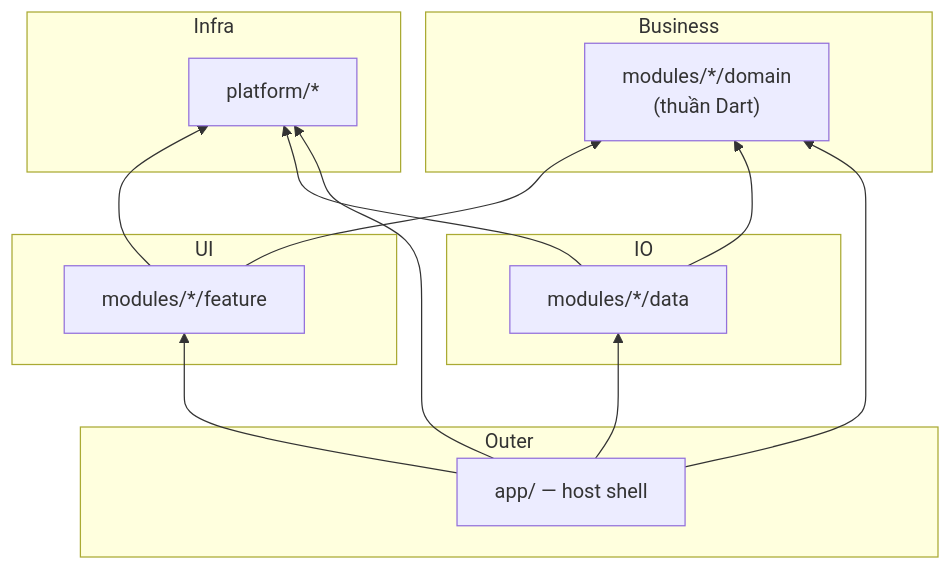
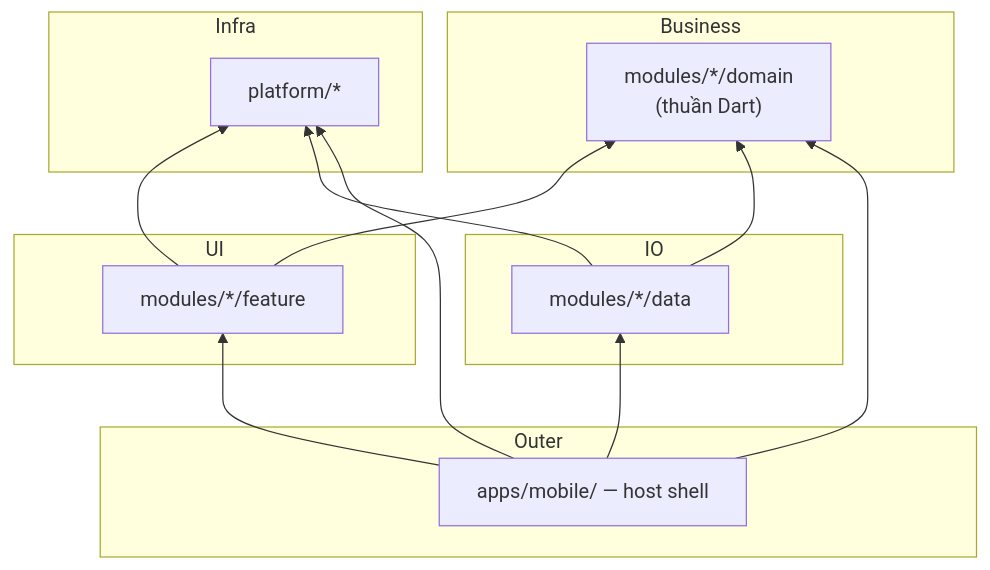
The diagram in docs/vi/getting-started/02_project_tour.md (CaoGiaHieu-dev/flutter-monorepo-codebase), drawn with Mermaid before and after one commit. The commit also changed other lines of this file and 410 other files, not shown here.

First line of the commit message:
refactor: move app/ to apps/mobile/ and give every directory an owner

````diff
--- a/docs/vi/getting-started/02_project_tour.md
+++ b/docs/vi/getting-started/02_project_tour.md
@@ -118,27 +118,27 @@
 ```mermaid
 graph BT
     subgraph Outer
-        App["app/ — host shell"]
+        App["apps/mobile/ — host shell"]
     end
     subgraph UI
         Features["modules/*/feature"]
     end
     subgraph Business
         Domain["modules/*/domain<br/>(thuần Dart)"]
     end
     subgraph IO
         Data["modules/*/data"]
     end
     subgraph Infra
         Core["platform/*"]
     end
 
     Features --> Domain
     Data --> Domain
     Features --> Core
     Data --> Core
     App --> Features
     App --> Data
     App --> Domain
     App --> Core
 ```
````
